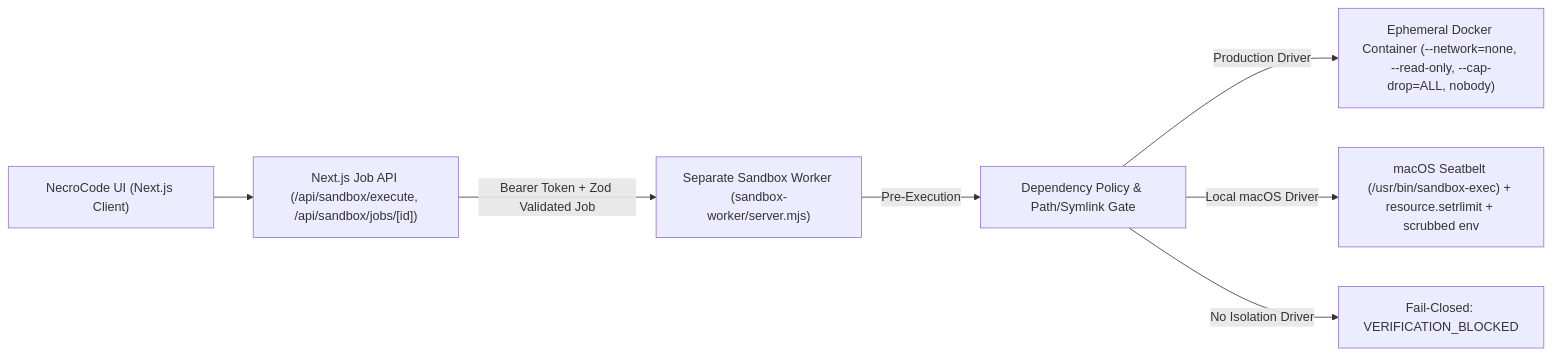
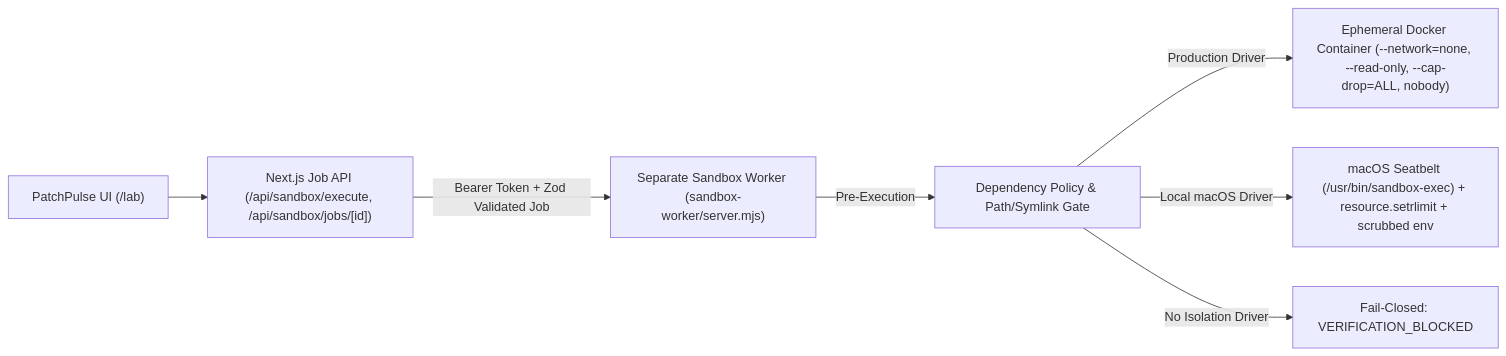
The diagram in docs/security/SANDBOX_ARCHITECTURE.md (GhulamMustufa/patchpulse), drawn with Mermaid before and after one commit. The commit also changed other lines of this file and 11 other files, not shown here.

Commit message:
docs: rewrite README, docs hub, slides, script, and guides in plain English for PatchPulse

````diff
--- a/docs/security/SANDBOX_ARCHITECTURE.md
+++ b/docs/security/SANDBOX_ARCHITECTURE.md
@@ -18,9 +19,9 @@
 ```mermaid
 flowchart LR
-    UI["NecroCode UI (Next.js Client)"] --> API["Next.js Job API (/api/sandbox/execute, /api/sandbox/jobs/[id])"]
+    UI["PatchPulse UI (/lab)"] --> API["Next.js Job API (/api/sandbox/execute, /api/sandbox/jobs/[id])"]
     API -->|"Bearer Token + Zod Validated Job"| Worker["Separate Sandbox Worker (sandbox-worker/server.mjs)"]
     Worker -->|"Pre-Execution"| DepGate["Dependency Policy & Path/Symlink Gate"]
     DepGate -->|"Production Driver"| Docker["Ephemeral Docker Container (--network=none, --read-only, --cap-drop=ALL, nobody)"]
     DepGate -->|"Local macOS Driver"| Seatbelt["macOS Seatbelt (/usr/bin/sandbox-exec) + resource.setrlimit + scrubbed env"]
     DepGate -->|"No Isolation Driver"| Blocked["Fail-Closed: VERIFICATION_BLOCKED"]
 ```
````
